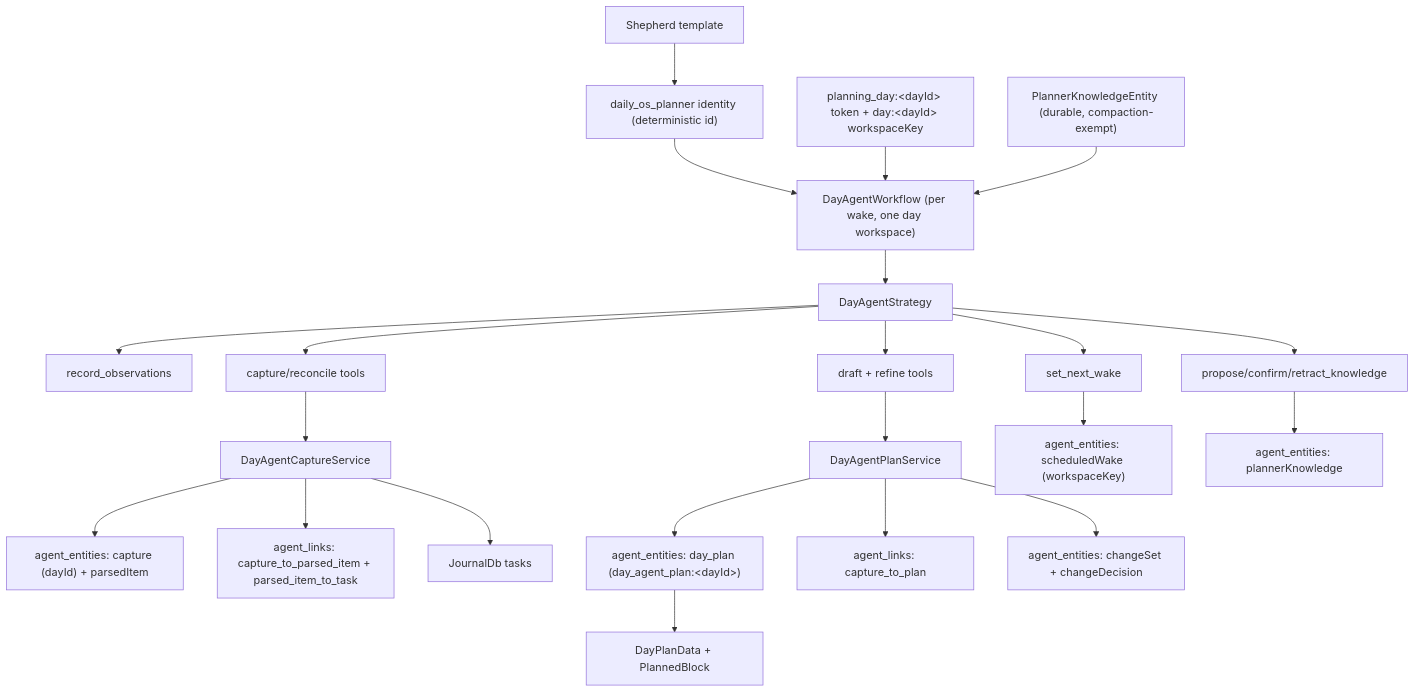
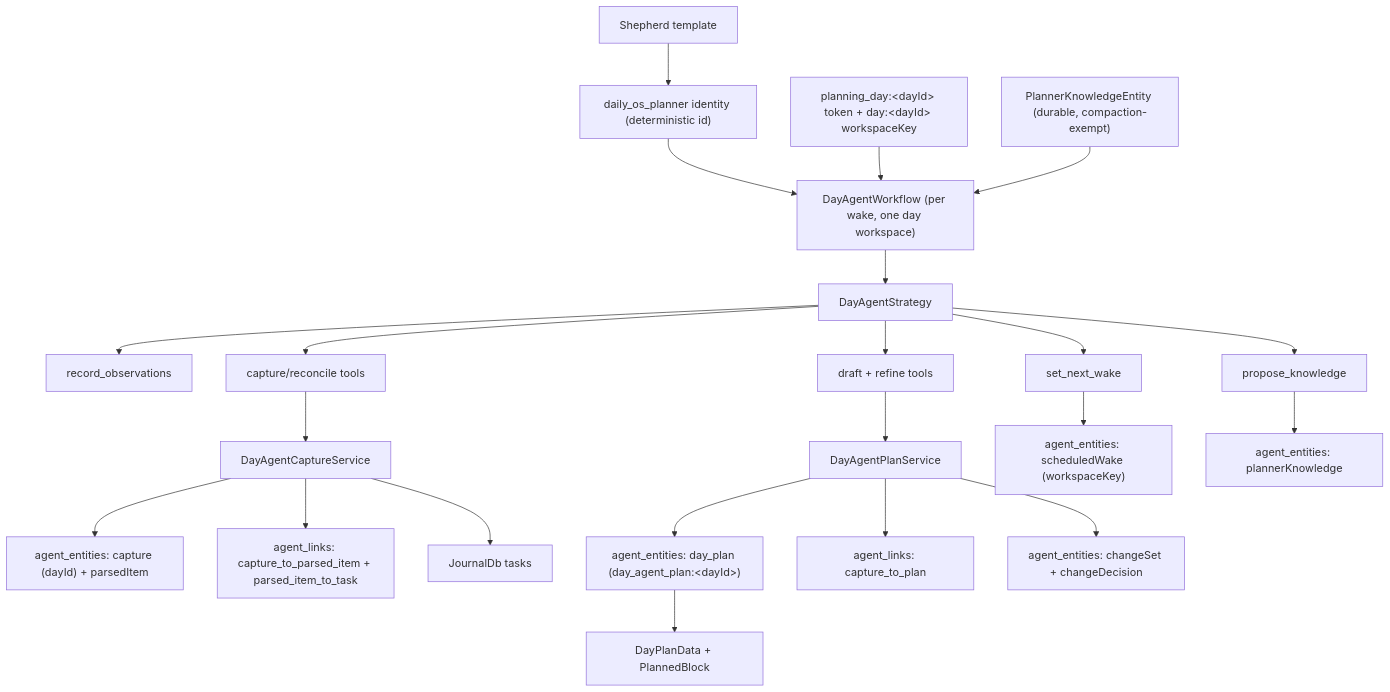
Before and after one commit to matthiasn/lotti: the first of 5 diagrams in lib/features/daily_os_next/README.md, drawn with Mermaid. The commit also changed other lines of this file and 43 other files, not shown here.

````diff
--- a/lib/features/daily_os_next/README.md
+++ b/lib/features/daily_os_next/README.md
@@ -30,24 +30,24 @@
 ```mermaid
 flowchart TD
   Template["Shepherd template"] --> Planner["daily_os_planner identity (deterministic id)"]
   Planner --> Wake["DayAgentWorkflow (per wake, one day workspace)"]
   Day["planning_day:&lt;dayId&gt; token + day:&lt;dayId&gt; workspaceKey"] --> Wake
   Knowledge["PlannerKnowledgeEntity (durable, compaction-exempt)"] --> Wake
   Wake --> Strategy["DayAgentStrategy"]
   Strategy --> Observe["record_observations"]
   Strategy --> Schedule["set_next_wake"]
-  Strategy --> KnowledgeTools["propose/confirm/retract_knowledge"]
+  Strategy --> KnowledgeTools["propose_knowledge"]
   Strategy --> CaptureTools["capture/reconcile tools"]
   CaptureTools --> CaptureService["DayAgentCaptureService"]
   CaptureService --> Entities["agent_entities: capture (dayId) + parsedItem"]
   CaptureService --> Links["agent_links: capture_to_parsed_item + parsed_item_to_task"]
   CaptureService --> Tasks["JournalDb tasks"]
   Strategy --> PlanTools["draft + refine tools"]
   PlanTools --> PlanService["DayAgentPlanService"]
   PlanService --> DayPlan["agent_entities: day_plan (day_agent_plan:&lt;dayId&gt;)"]
   PlanService --> PlanLinks["agent_links: capture_to_plan"]
   PlanService --> RefineSets["agent_entities: changeSet + changeDecision"]
   DayPlan --> SharedModel["DayPlanData + PlannedBlock"]
   Schedule --> ScheduledWake["agent_entities: scheduledWake (workspaceKey)"]
   KnowledgeTools --> KnowledgeStore["agent_entities: plannerKnowledge"]
 ```
````
